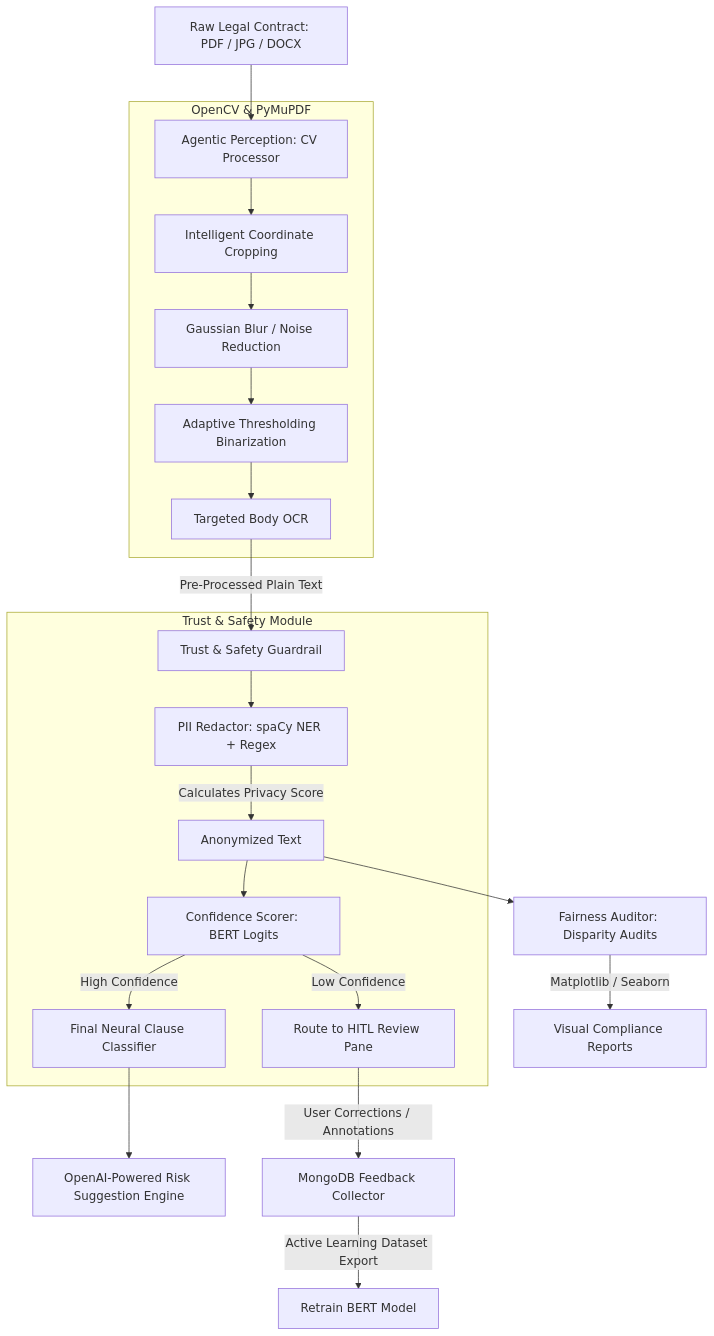
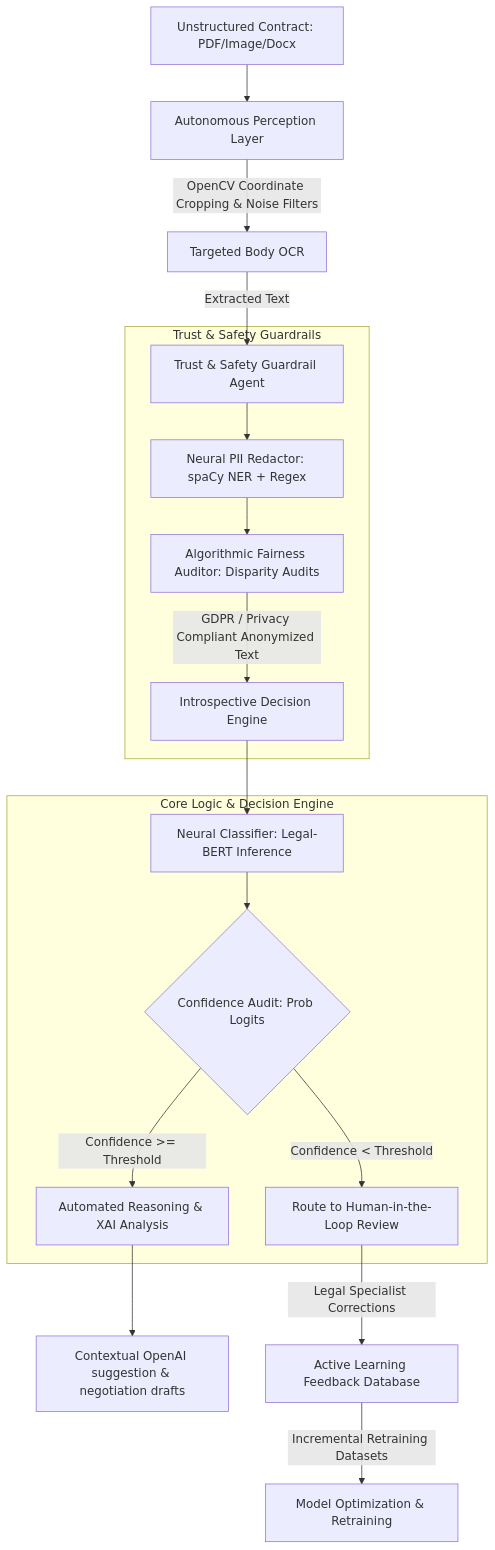
One commit to keerthana-b-v/AI-Powered-Legal-Document-Analysis-with-an-Integrated-Trust-and-Safety-Framework- changed the diagram in README.md. Above: the diagram before and after it, drawn with Mermaid. The commit also changed other lines of this file, not shown here.

Commit message:
docs: reframe project as an autonomous AI Legal Agent

````diff
--- a/README.md
+++ b/README.md
@@ -31,28 +23,23 @@
 ```mermaid
 graph TD
-    A[Raw Legal Contract: PDF / JPG / DOCX] --> B[Agentic Perception: CV Processor]
+    A[Unstructured Contract: PDF/Image/Docx] --> B[Autonomous Perception Layer]
+    B -->|OpenCV Coordinate Cropping & Noise Filters| C[Targeted Body OCR]
+    C -->|Extracted Text| D[Trust & Safety Guardrail Agent]
     
-    subgraph CV Pre-Processing [OpenCV & PyMuPDF]
-        B --> B1[Intelligent Coordinate Cropping]
-        B1 --> B2[Gaussian Blur / Noise Reduction]
-        B2 --> B3[Adaptive Thresholding Binarization]
-        B3 --> B4[Targeted Body OCR]
+    subgraph Trust & Safety Guardrails
+        D --> D1[Neural PII Redactor: spaCy NER + Regex]
+        D1 --> D2[Algorithmic Fairness Auditor: Disparity Audits]
+        D2 -->|GDPR / Privacy Compliant Anonymized Text| E[Introspective Decision Engine]
     end
     
-    B4 -->|Pre-Processed Plain Text| C[Trust & Safety Guardrail]
-    
-    subgraph Trust & Safety Pipeline [Trust & Safety Module]
-        C --> D[PII Redactor: spaCy NER + Regex]
-        D -->|Calculates Privacy Score| E[Anonymized Text]
-        E --> F[Confidence Scorer: BERT Logits]
-        F -->|Low Confidence| G[Route to HITL Review Pane]
-        F -->|High Confidence| H[Final Neural Clause Classifier]
+    subgraph Core Logic & Decision Engine
+        E --> F[Neural Classifier: Legal-BERT Inference]
+        F --> G{Confidence Audit: Prob Logits}
+        G -->|Confidence < Threshold| H[Route to Human-in-the-Loop Review]
+        G -->|Confidence >= Threshold| I[Automated Reasoning & XAI Analysis]
     end
     
-    H --> I[OpenAI-Powered Risk Suggestion Engine]
-    G -->|User Corrections / Annotations| J[MongoDB Feedback Collector]
-    J -->|Active Learning Dataset Export| K[Retrain BERT Model]
-    
-    E --> L[Fairness Auditor: Disparity Audits]
-    L -->|Matplotlib / Seaborn| M[Visual Compliance Reports]
+    I --> J[Contextual OpenAI suggestion & negotiation drafts]
+    H -->|Legal Specialist Corrections| K[Active Learning Feedback Database]
+    K -->|Incremental Retraining Datasets| L[Model Optimization & Retraining]
 ```
````
